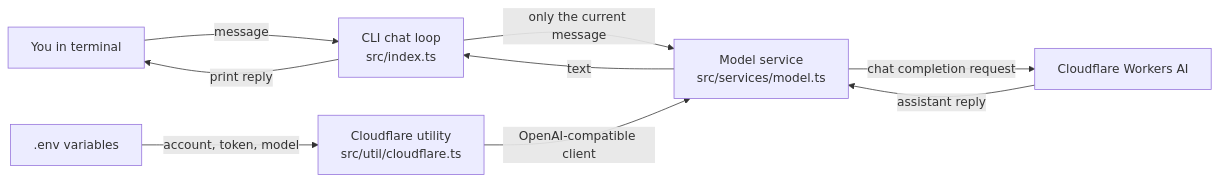
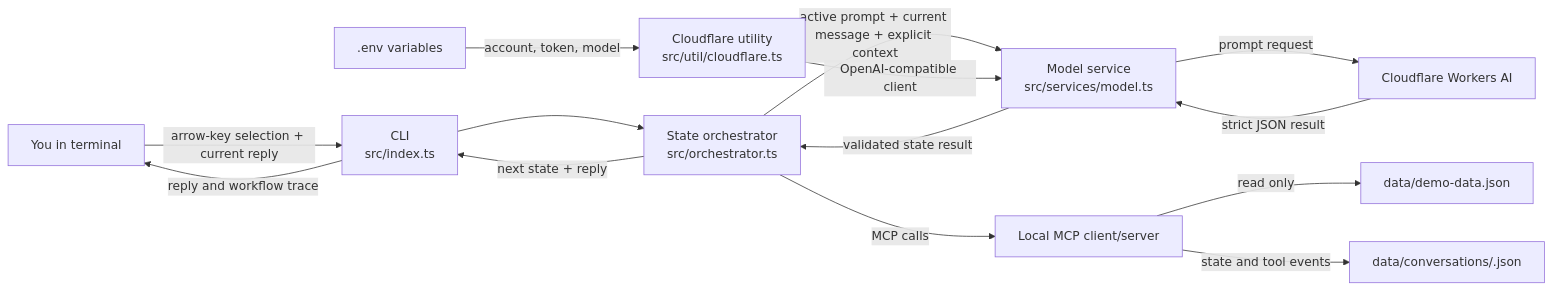
The first of 3 diagrams in README.md (aryanc381/prompt-chaining), drawn with Mermaid before and after one commit. The commit also changed other lines of this file and 14 other files, not shown here.

Commit message:
feat(cli): implement Phase 3 call audit workflow

````diff
--- a/README.md
+++ b/README.md
@@ -76,11 +75,16 @@
 ```mermaid
 flowchart LR
-    U["You in terminal"] -->|message| CLI["CLI chat loop\nsrc/index.ts"]
-    CLI -->|only the current message| SVC["Model service\nsrc/services/model.ts"]
+    U["You in terminal"] -->|arrow-key selection + current reply| CLI["CLI\nsrc/index.ts"]
+    CLI --> ORCH["State orchestrator\nsrc/orchestrator.ts"]
+    ORCH -->|active prompt + current message + explicit context| SVC["Model service\nsrc/services/model.ts"]
     ENV[".env variables"] -->|account, token, model| CF["Cloudflare utility\nsrc/util/cloudflare.ts"]
     CF -->|OpenAI-compatible client| SVC
-    SVC -->|chat completion request| AI["Cloudflare Workers AI"]
-    AI -->|assistant reply| SVC
-    SVC -->|text| CLI
-    CLI -->|print reply| U
+    SVC -->|prompt request| AI["Cloudflare Workers AI"]
+    AI -->|strict JSON result| SVC
+    SVC -->|validated state result| ORCH
+    ORCH -->|next state + reply| CLI
+    ORCH -->|MCP calls| MCP["Local MCP client/server"]
+    MCP -->|read only| DATA["data/demo-data.json"]
+    MCP -->|state and tool events| LOG["data/conversations/<id>.json"]
+    CLI -->|reply and workflow trace| U
 ```
````
